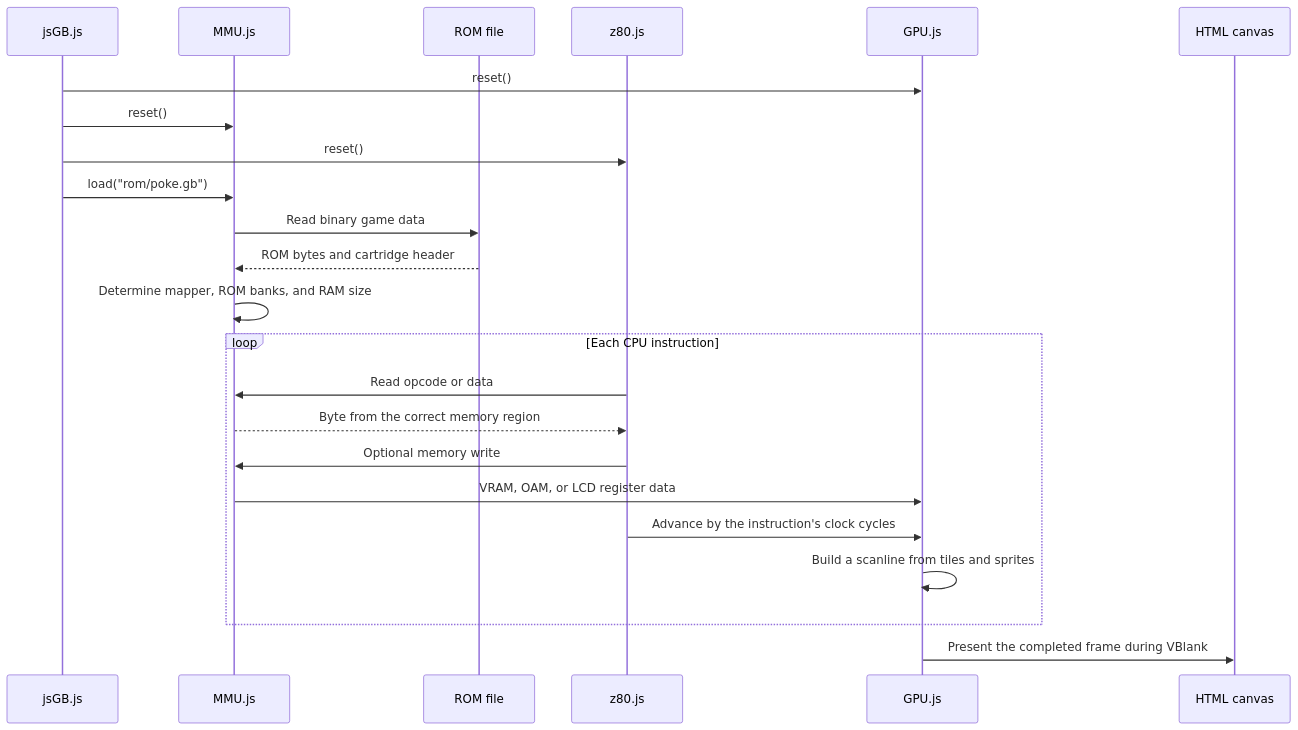
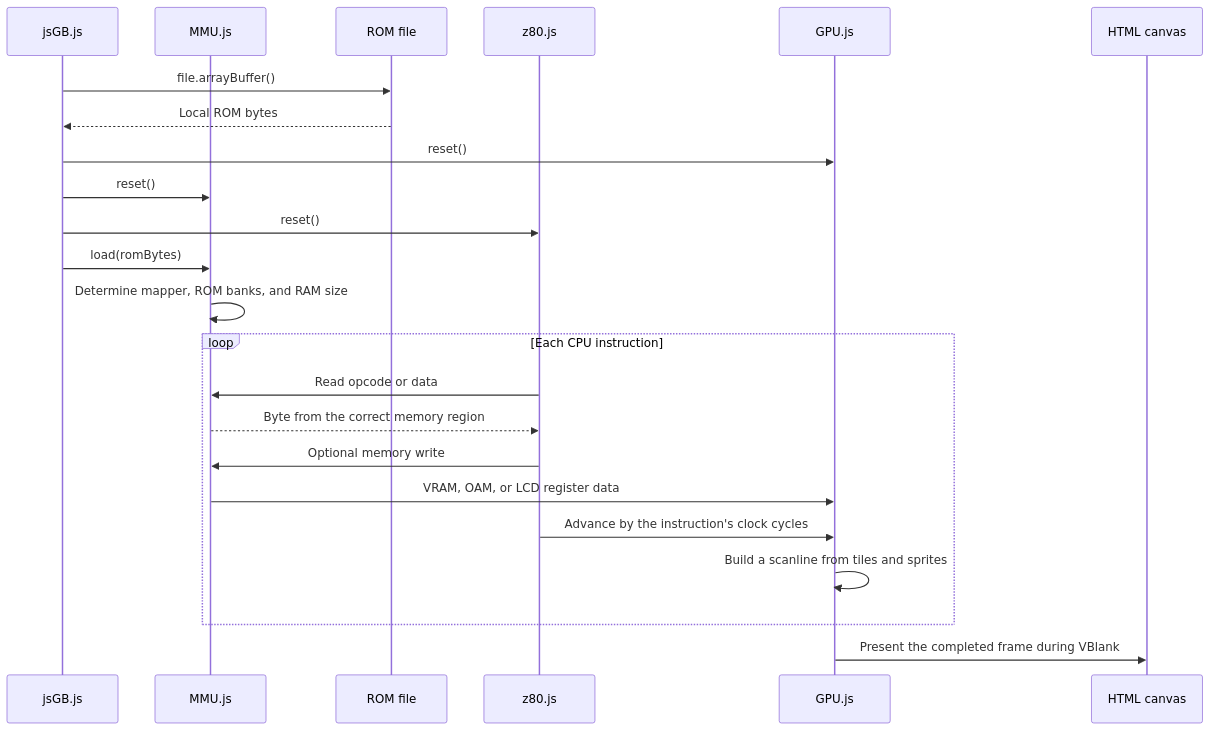
One commit to KamilMatyjaszczyk/Emulator changed the second of 2 diagrams in README.md. Above: the diagram before and after it, drawn with Mermaid. The commit also changed other lines of this file and 5 other files, not shown here.

````diff
--- a/README.md
+++ b/README.md
@@ -96,26 +88,26 @@
 ```mermaid
 sequenceDiagram
     participant UI as jsGB.js
     participant MMU as MMU.js
     participant ROM as ROM file
     participant CPU as z80.js
     participant GPU as GPU.js
     participant Canvas as HTML canvas
 
+    UI->>ROM: file.arrayBuffer()
+    ROM-->>UI: Local ROM bytes
     UI->>GPU: reset()
     UI->>MMU: reset()
     UI->>CPU: reset()
-    UI->>MMU: load("rom/poke.gb")
-    MMU->>ROM: Read binary game data
-    ROM-->>MMU: ROM bytes and cartridge header
+    UI->>MMU: load(romBytes)
     MMU->>MMU: Determine mapper, ROM banks, and RAM size
     loop Each CPU instruction
         CPU->>MMU: Read opcode or data
         MMU-->>CPU: Byte from the correct memory region
         CPU->>MMU: Optional memory write
         MMU->>GPU: VRAM, OAM, or LCD register data
         CPU->>GPU: Advance by the instruction's clock cycles
         GPU->>GPU: Build a scanline from tiles and sprites
     end
     GPU->>Canvas: Present the completed frame during VBlank
 ```
````
